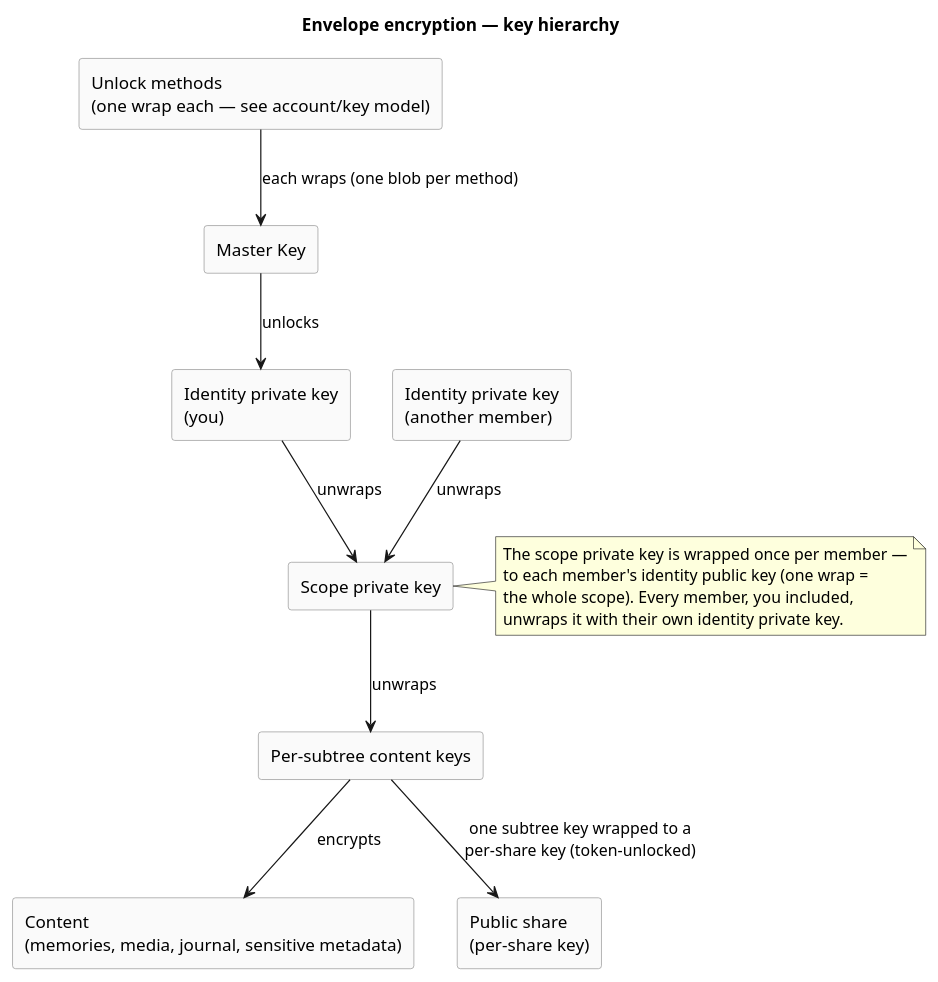
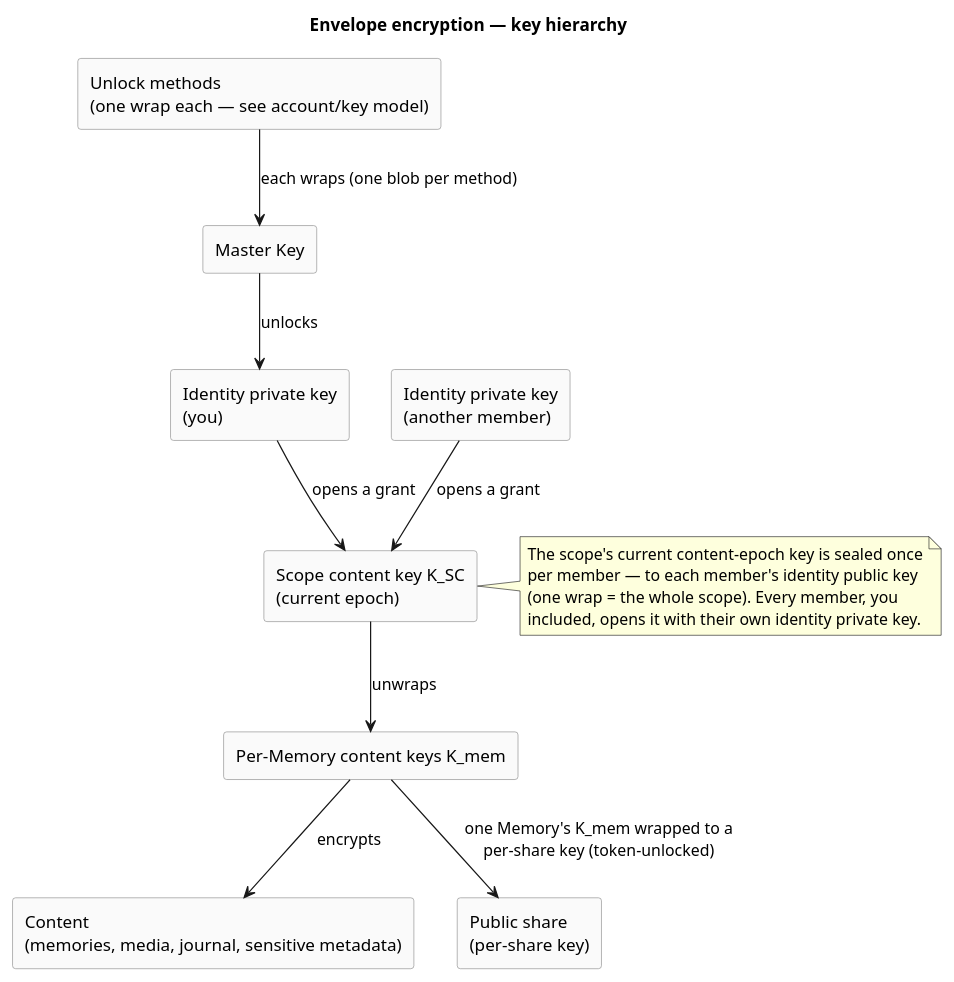
One commit to raddatzk/veyq-no-e2ee changed the diagram in docs/crosscutting/security-model.md. Above: the diagram before and after it, drawn with PlantUML. The commit also changed other lines of this file and 10 other files, not shown here.

````diff
--- a/docs/crosscutting/security-model.md
+++ b/docs/crosscutting/security-model.md
@@ -99,34 +99,34 @@
 ```plantuml
 @startuml
 title Envelope encryption — key hierarchy
 skinparam shadowing false
 skinparam rectangle {
   BackgroundColor #FAFAFA
   BorderColor #888888
 }
 
 rectangle "Unlock methods\n(one wrap each — see account/key model)" as unlock
 rectangle "Master Key" as muk
 rectangle "Identity private key\n(you)" as idk
 rectangle "Identity private key\n(another member)" as idk2
-rectangle "Scope private key" as spk
-rectangle "Per-subtree content keys" as ck
+rectangle "Scope content key K_SC\n(current epoch)" as ksc
+rectangle "Per-Memory content keys K_mem" as kmem
 rectangle "Content\n(memories, media, journal, sensitive metadata)" as content
 rectangle "Public share\n(per-share key)" as share
 
 unlock --> muk : each wraps (one blob per method)
 muk  --> idk : unlocks
-idk  --> spk : unwraps
-idk2 --> spk : unwraps
-spk  --> ck : unwraps
-ck   --> content : encrypts
-ck   --> share : one subtree key wrapped to a\nper-share key (token-unlocked)
+idk  --> ksc : opens a grant
+idk2 --> ksc : opens a grant
+ksc  --> kmem : unwraps
+kmem --> content : encrypts
+kmem --> share : one Memory's K_mem wrapped to a\nper-share key (token-unlocked)
 
-note right of spk
-  The scope private key is wrapped once per member —
-  to each member's identity public key (one wrap =
-  the whole scope). Every member, you included,
-  unwraps it with their own identity private key.
+note right of ksc
+  The scope's current content-epoch key is sealed once
+  per member — to each member's identity public key
+  (one wrap = the whole scope). Every member, you
+  included, opens it with their own identity private key.
 end note
 @enduml
 ```
````
